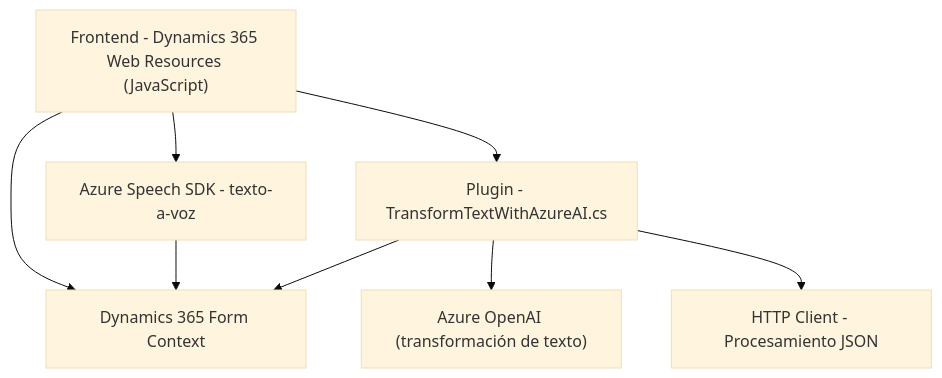
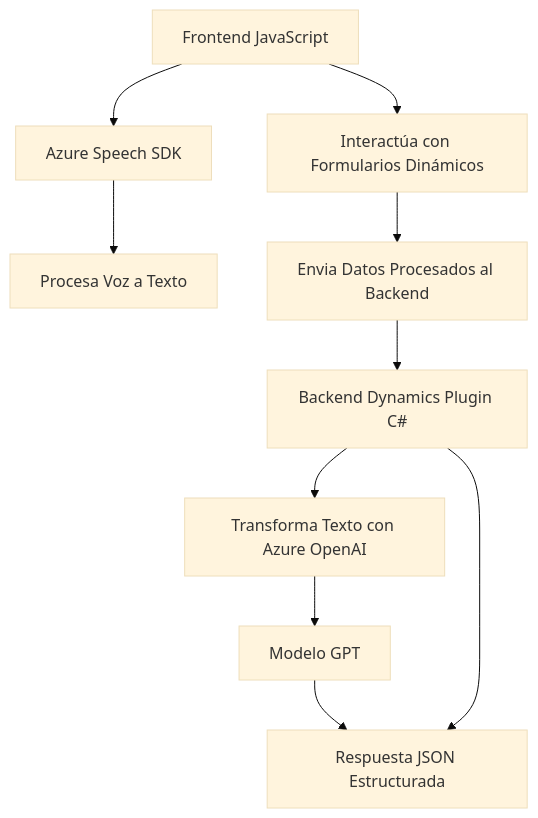
Before and after one commit to blopezdm/NETCORE_BILBAO2025: the diagram in README.md, drawn with Mermaid (base theme). The commit also changed other lines of this file, not shown here.

Commit message:
Actualizar análisis global de la solución con IA

````diff
--- a/README.md
+++ b/README.md
@@ -63,17 +36,12 @@
 ```mermaid
 graph TD
-  A["Frontend - Dynamics 365 Web Resources (JavaScript)"]
-  B["Azure Speech SDK - texto-a-voz"]
-  C["Dynamics 365 Form Context"]
-  D["Azure OpenAI (transformación de texto)"]
-  E["Plugin - TransformTextWithAzureAI.cs"]
-  F["HTTP Client - Procesamiento JSON"]
-
-  A --> B
-  A --> C
-  B --> C
-  A --> E
-  E --> D
-  E --> C
-  E --> F
+    A["Frontend JavaScript"] --> B["Azure Speech SDK"]
+    A --> C["Interactúa con Formularios Dinámicos"]
+    B --> D["Procesa Voz a Texto"]
+    C --> E["Envia Datos Procesados al Backend"]
+    F["Backend Dynamics Plugin C#"] --> G["Transforma Texto con Azure OpenAI"]
+    G --> H["Modelo GPT"]
+    H --> I["Respuesta JSON Estructurada"]
+    E --> F
+    F --> I
 ```
````
